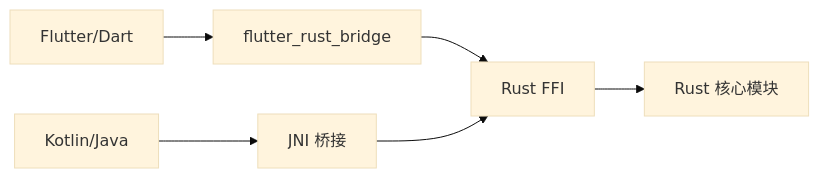
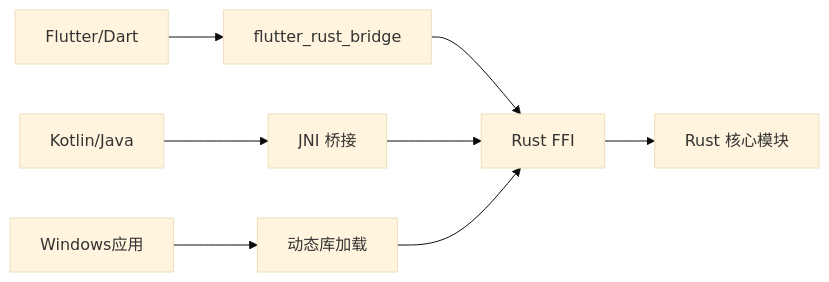
The eighth of 8 diagrams in .qoder/repowiki/zh/content/架构设计/通信机制/FFI接口通信.md (ZhangGHGitHub/LegadoTeamFlutter), drawn with Mermaid (base theme) before and after one commit. The commit also changed other lines of this file and 66 other files, not shown here.

````diff
--- a/.qoder/repowiki/zh/content/架构设计/通信机制/FFI接口通信.md
+++ b/.qoder/repowiki/zh/content/架构设计/通信机制/FFI接口通信.md
@@ -281,8 +356,10 @@
 ```mermaid
 graph LR
 Flutter["Flutter/Dart"] --> FRB["flutter_rust_bridge"]
 FRB --> FFI["Rust FFI"]
 Android["Kotlin/Java"] --> JNI["JNI 桥接"]
 JNI --> FFI
+Windows["Windows应用"] --> DLL["动态库加载"]
+DLL --> FFI
 FFI --> Core["Rust 核心模块"]
 ```
````
